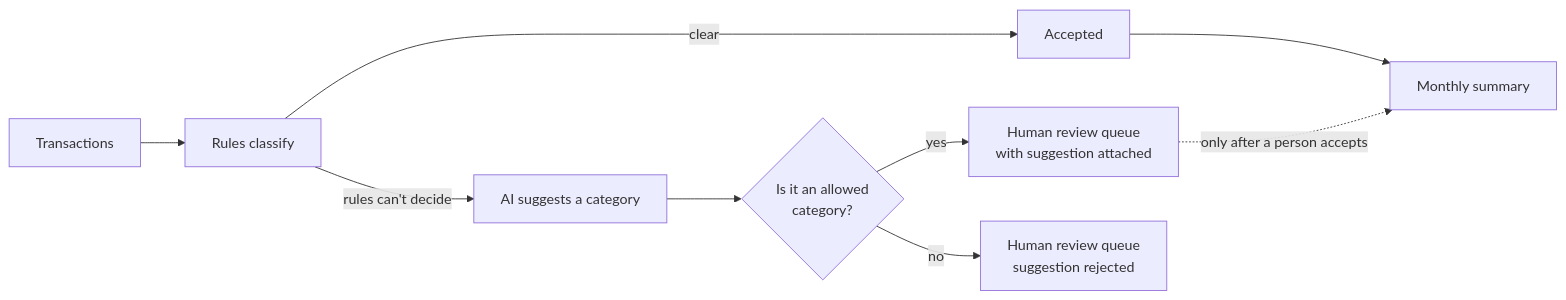
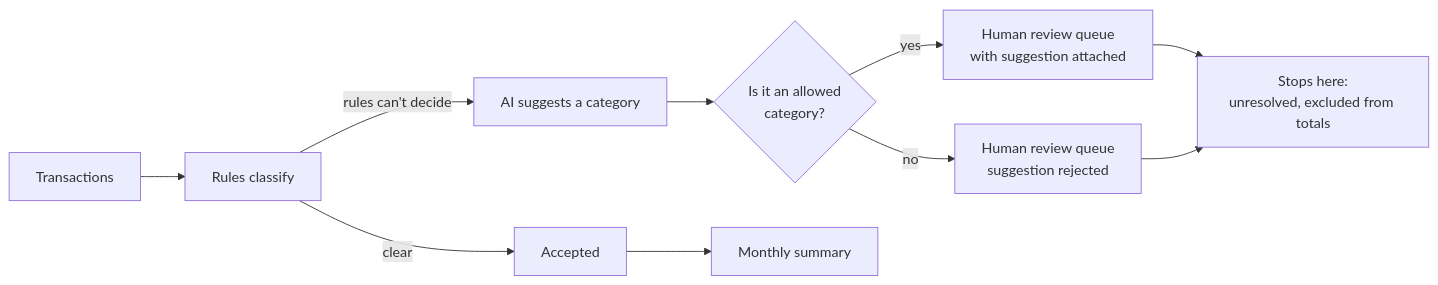
One commit to perry-is/ai-bookkeeping-workflow changed the diagram in README.md. Above: the diagram before and after it, drawn with Mermaid. The commit also changed other lines of this file and 3 other files, not shown here.

````diff
--- a/README.md
+++ b/README.md
@@ -48,11 +48,12 @@
 ```mermaid
 flowchart LR
     T[Transactions] --> R[Rules classify]
     R -->|clear| A[Accepted]
     R -->|rules can't decide| M[AI suggests a category]
     M --> V{Is it an allowed<br/>category?}
     V -->|yes| H[Human review queue<br/>with suggestion attached]
     V -->|no| H2[Human review queue<br/>suggestion rejected]
     A --> S[Monthly summary]
-    H -. only after a person accepts .-> S
+    H --> Q[Stops here:<br/>unresolved, excluded from totals]
+    H2 --> Q
 ```
````
